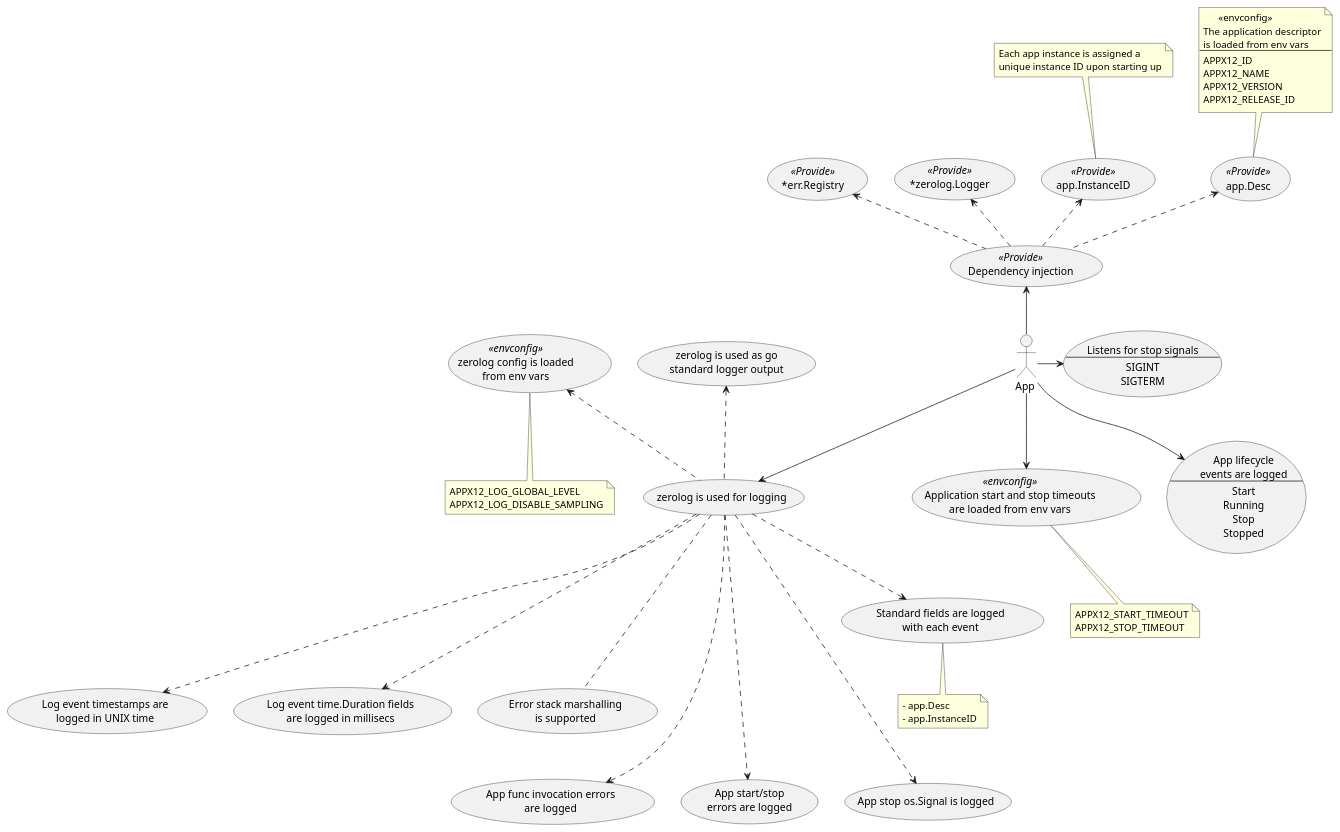
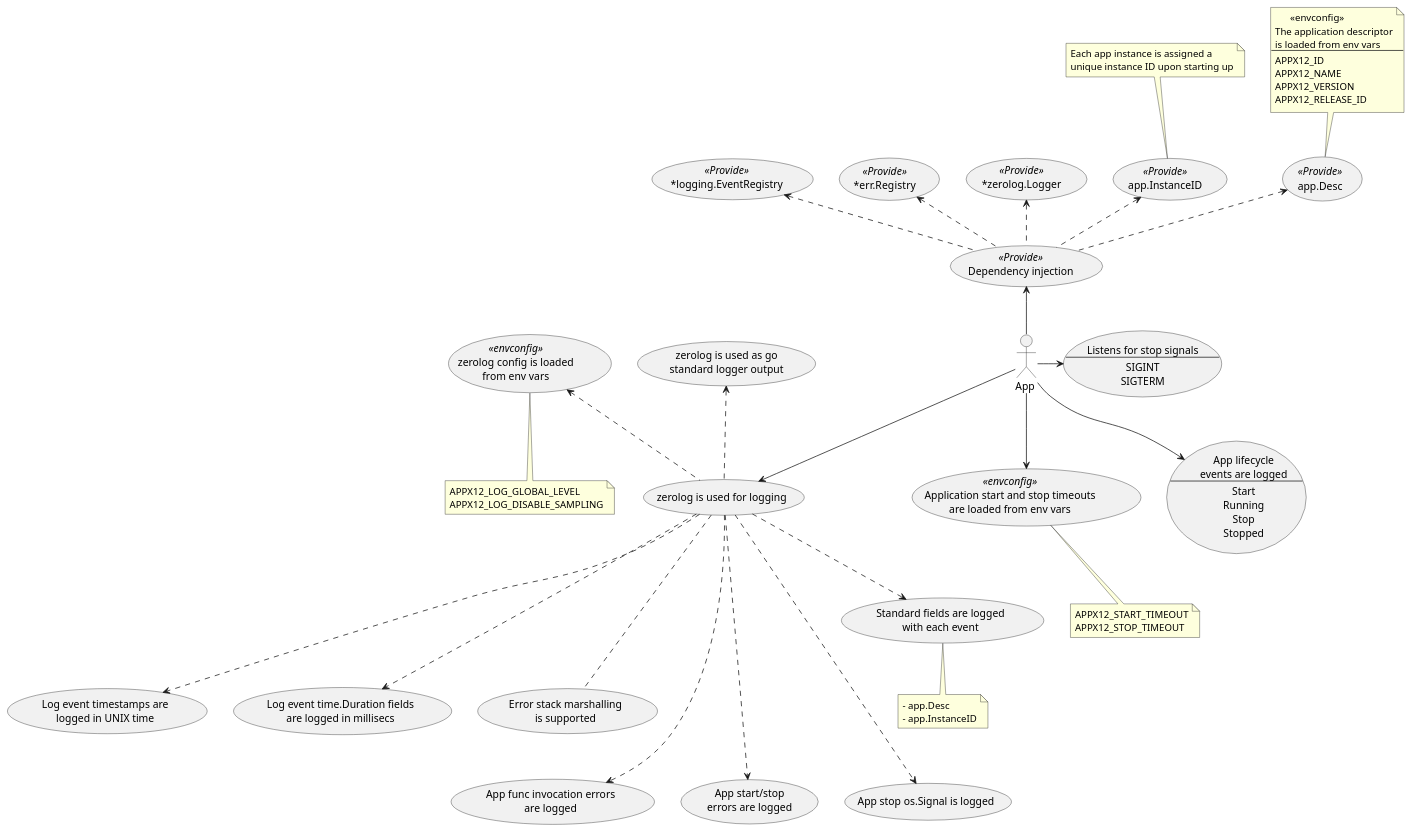
Before and after one commit to oysterpack/andiamo: the diagram in pkg/app/fx/usecases.puml, drawn with PlantUML. The commit also changed 14 other files, not shown here.

First line of the commit message:
Created new logging.EventRegistry

```diff
--- a/pkg/app/fx/usecases.puml
+++ b/pkg/app/fx/usecases.puml
@@ -1,116 +1,118 @@
 @startuml
 skinparam usecase {
 	BackgroundColor<< NEW >> DarkSeaGreen
 	BorderColor<< NEW >> YellowGreen
 }
 
 actor :App : as APP
 
 usecase APP_TIMEOUTS << envconfig >> as "Application start and stop timeouts
 are loaded from env vars"
 
 note bottom of APP_TIMEOUTS {
 APPX12_START_TIMEOUT
 APPX12_STOP_TIMEOUT
 }
 
 usecase APP_LOGGING as "zerolog is used for logging"
 usecase ZEROLOG_CONFIG << envconfig >> as "zerolog config is loaded
 from env vars"
 
 note bottom of ZEROLOG_CONFIG {
 APPX12_LOG_GLOBAL_LEVEL
 APPX12_LOG_DISABLE_SAMPLING
 }
 
 usecase LOG_APP_DESC as "Standard fields are logged
 with each event"
 
 note bottom of LOG_APP_DESC {
 - app.Desc
 - app.InstanceID
 }
 
 usecase LOG_TIMESTAMP as "Log event timestamps are
 logged in UNIX time"
 
 usecase LOG_DURATION as "Log event time.Duration fields
 are logged in millisecs"
 
 usecase LOG_ERROR_STACK_MARSHALLER as "Error stack marshalling
 is supported"
 
 usecase GO_LOGGING as "zerolog is used as go
 standard logger output"
 
 usecase DEPENDENCY_INJECTION << Provide >> as "Dependency injection"
 usecase PROVIDE_APP_DESC << Provide >> as "app.Desc"
 
 note top of PROVIDE_APP_DESC {
       <<envconfig>>
 The application descriptor
 is loaded from env vars
 ---
 APPX12_ID
 APPX12_NAME
 APPX12_VERSION
 APPX12_RELEASE_ID
 }
 
 usecase PROVIDE_APP_INSTANCE_ID << Provide >> as "app.InstanceID"
 
 note top of PROVIDE_APP_INSTANCE_ID  {
 Each app instance is assigned a
 unique instance ID upon starting up
 }
 
 usecase PROVIDE_LOGGER << Provide >> as "*zerolog.Logger"
+usecase PROVIDE_ERR_REGISTRY << Provide >> as "*err.Registry"
+usecase PROVIDE_EVENT_REGISTRY << Provide >> as "*logging.EventRegistry"
 
-usecase PROVIDE_ERR_REGISTRY << Provide >> as "*err.Registry"
 
 DEPENDENCY_INJECTION .up.> PROVIDE_APP_DESC
 DEPENDENCY_INJECTION .up.> PROVIDE_APP_INSTANCE_ID
 DEPENDENCY_INJECTION .up.> PROVIDE_LOGGER
 DEPENDENCY_INJECTION .up.> PROVIDE_ERR_REGISTRY
+DEPENDENCY_INJECTION .up.> PROVIDE_EVENT_REGISTRY
 
 usecase LOG_APP_LIFECYCLE_EVENTS as "App lifecycle
 events are logged
 ---
 Start
 Running
 Stop
 Stopped"
 
 usecase LOG_APP_INVOKE_ERRORS as "App func invocation errors
 are logged"
 
 usecase LOG_APP_START_STOP_ERRORS as "App start/stop
 errors are logged"
 
 usecase LOG_STOP_SIGNAL_EVENT as "App stop os.Signal is logged"
 
 usecase APP_STOP_SIGNALS as "Listens for stop signals
 ---
 SIGINT
 SIGTERM
 "
 
 APP_LOGGING .up.> GO_LOGGING
 APP_LOGGING .up.> ZEROLOG_CONFIG
 APP_LOGGING ..> LOG_APP_DESC
 APP_LOGGING ...> LOG_TIMESTAMP
 APP_LOGGING ...> LOG_DURATION
 APP_LOGGING ....> LOG_APP_INVOKE_ERRORS
 APP_LOGGING ....> LOG_APP_START_STOP_ERRORS
 APP_LOGGING ....> LOG_STOP_SIGNAL_EVENT
 APP_LOGGING ... LOG_ERROR_STACK_MARSHALLER
 
 
 APP -up-> DEPENDENCY_INJECTION
 APP --> APP_TIMEOUTS
 APP --> APP_LOGGING
 
 APP --> LOG_APP_LIFECYCLE_EVENTS
 APP -> APP_STOP_SIGNALS
 
 @enduml
```
